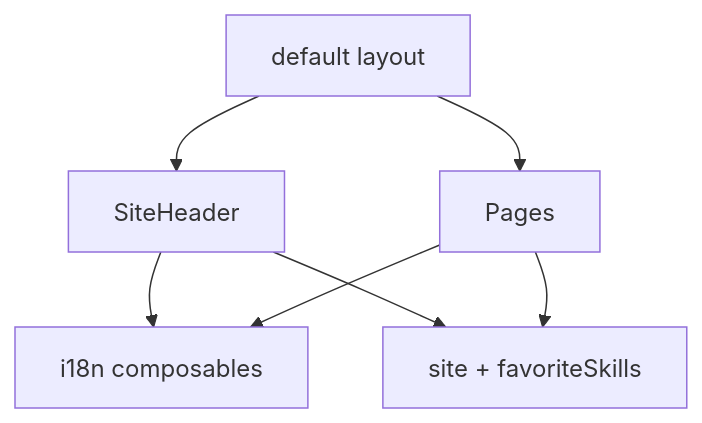
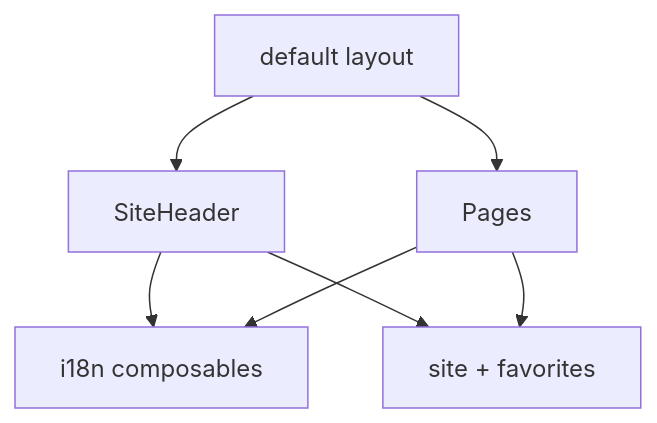
The diagram in docs/03-模块拆解规划.md (E66Crisp/e66cirsp), drawn with Mermaid before and after one commit. The commit also changed other lines of this file and 13 other files, not shown here.

````diff
--- a/docs/03-模块拆解规划.md
+++ b/docs/03-模块拆解规划.md
@@ -25,14 +25,14 @@
 ```mermaid
 flowchart TB
   layout[default layout]
   header[SiteHeader]
   pages[Pages]
   i18n[i18n composables]
-  constants[site + favoriteSkills]
+  constants[site + favorites]
   layout --> header
   layout --> pages
   header --> i18n
   header --> constants
   pages --> i18n
   pages --> constants
 ```
````
